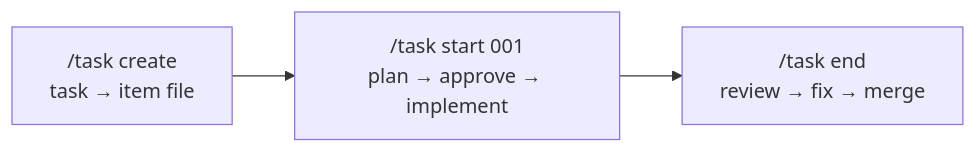
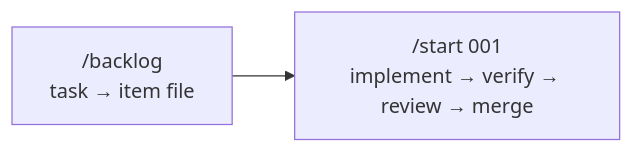
One commit to JiHoon777/j-dev-kit changed the first of 2 diagrams in README.en.md. Above: the diagram before and after it, drawn with Mermaid. The commit also changed other lines of this file and 240 other files, not shown here.

First line of the commit message:
feat(workflow): task 스킬을 backlog 와 start 로 나누고, 계획 승인과 superpowers 를 떼고, pstack 원칙·스킬·플레이북을 들인다 (016)

````diff
--- a/README.en.md
+++ b/README.en.md
@@ -9,5 +9,4 @@
 ```mermaid
 flowchart LR
-  C["/task create<br/>task → item file"] --> S["/task start 001<br/>plan → approve → implement"]
-  S --> E["/task end<br/>review → fix → merge"]
+  C["/backlog<br/>task → item file"] --> S["/start 001<br/>implement → verify → review → merge"]
 ```
````
